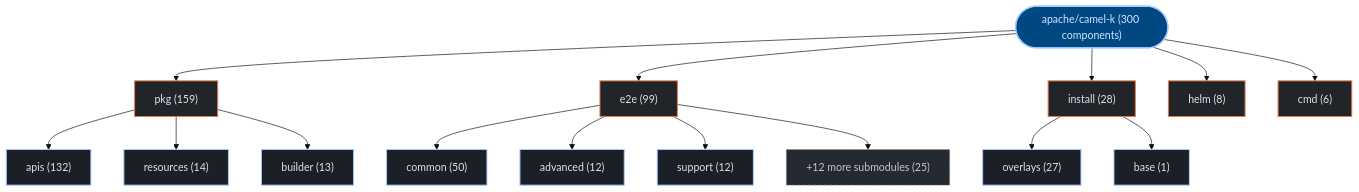
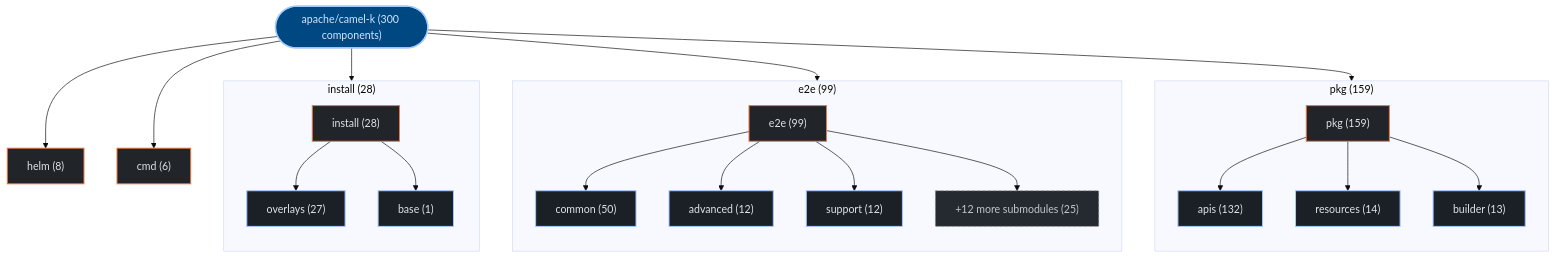
One commit to kumarshaz/atruss-code-atlas changed the first of 3 diagrams in exports/latest/reports/apache-camel-k-report.md. Above: the diagram before and after it, drawn with Mermaid (base theme). The commit also changed 178 other files, not shown here.

Commit message:
feat(ui,mermaid): upgrade to mermaid v12 + ELK layout, add orgs-summary + pagination, subgraph building blocks, fix tab alignment

````diff
--- a/exports/latest/reports/apache-camel-k-report.md
+++ b/exports/latest/reports/apache-camel-k-report.md
@@ -42,39 +42,48 @@
 ```mermaid
 graph TD;
   classDef atlasRoot fill:#004882,stroke:#a3c9ff,stroke-width:2px,color:#d3e4ff
   classDef atlasCategory fill:#212428,stroke:#E87A48,stroke-width:1.5px,color:#dfe3eb
   classDef atlasWorkflow fill:#1b2026,stroke:#a3c9ff,stroke-width:1.5px,color:#dfe3eb
   classDef atlasJob fill:#171c22,stroke:#8d9199,stroke-width:1px,color:#dfe3eb
   classDef atlasTarget fill:#005227,stroke:#8bd99b,stroke-width:1.5px,color:#a7f6b6
   classDef atlasAlert fill:#93000a,stroke:#ffb4ab,stroke-width:1.5px,color:#ffdad6
   classDef atlasMore fill:#252a31,stroke:#8d9199,stroke-dasharray:4 4,color:#c3c6cf
     repo_root(["apache/camel-k (300 components)"]):::atlasRoot
-    dir_0_pkg["pkg (159)"]:::atlasCategory
+    subgraph sg_dir_0_pkg["pkg (159)"]
+      direction TB
+      dir_0_pkg["pkg (159)"]:::atlasCategory
+      sub_0_0_apis["apis (132)"]:::atlasWorkflow
+      dir_0_pkg --> sub_0_0_apis
+      sub_0_1_resources["resources (14)"]:::atlasWorkflow
+      dir_0_pkg --> sub_0_1_resources
+      sub_0_2_builder["builder (13)"]:::atlasWorkflow
+      dir_0_pkg --> sub_0_2_builder
+    end
     repo_root --> dir_0_pkg
-    sub_0_0_apis["apis (132)"]:::atlasWorkflow
-    dir_0_pkg --> sub_0_0_apis
-    sub_0_1_resources["resources (14)"]:::atlasWorkflow
-    dir_0_pkg --> sub_0_1_resources
-    sub_0_2_builder["builder (13)"]:::atlasWorkflow
-    dir_0_pkg --> sub_0_2_builder
-    dir_1_e2e["e2e (99)"]:::atlasCategory
+    subgraph sg_dir_1_e2e["e2e (99)"]
+      direction TB
+      dir_1_e2e["e2e (99)"]:::atlasCategory
+      sub_1_0_common["common (50)"]:::atlasWorkflow
+      dir_1_e2e --> sub_1_0_common
+      sub_1_1_advanced["advanced (12)"]:::atlasWorkflow
+      dir_1_e2e --> sub_1_1_advanced
+      sub_1_2_support["support (12)"]:::atlasWorkflow
+      dir_1_e2e --> sub_1_2_support
+      sub_1_more["+12 more submodules (25)"]:::atlasMore
+      dir_1_e2e --> sub_1_more
+    end
     repo_root --> dir_1_e2e
-    sub_1_0_common["common (50)"]:::atlasWorkflow
-    dir_1_e2e --> sub_1_0_common
-    sub_1_1_advanced["advanced (12)"]:::atlasWorkflow
-    dir_1_e2e --> sub_1_1_advanced
-    sub_1_2_support["support (12)"]:::atlasWorkflow
-    dir_1_e2e --> sub_1_2_support
-    sub_1_more["+12 more submodules (25)"]:::atlasMore
-    dir_1_e2e --> sub_1_more
-    dir_2_install["install (28)"]:::atlasCategory
+    subgraph sg_dir_2_install["install (28)"]
+      direction TB
+      dir_2_install["install (28)"]:::atlasCategory
+      sub_2_0_overlays["overlays (27)"]:::atlasWorkflow
+      dir_2_install --> sub_2_0_overlays
+      sub_2_1_base["base (1)"]:::atlasWorkflow
+      dir_2_install --> sub_2_1_base
+    end
     repo_root --> dir_2_install
-    sub_2_0_overlays["overlays (27)"]:::atlasWorkflow
-    dir_2_install --> sub_2_0_overlays
-    sub_2_1_base["base (1)"]:::atlasWorkflow
-    dir_2_install --> sub_2_1_base
     dir_3_helm["helm (8)"]:::atlasCategory
     repo_root --> dir_3_helm
     dir_4_cmd["cmd (6)"]:::atlasCategory
     repo_root --> dir_4_cmd
 ```
````
